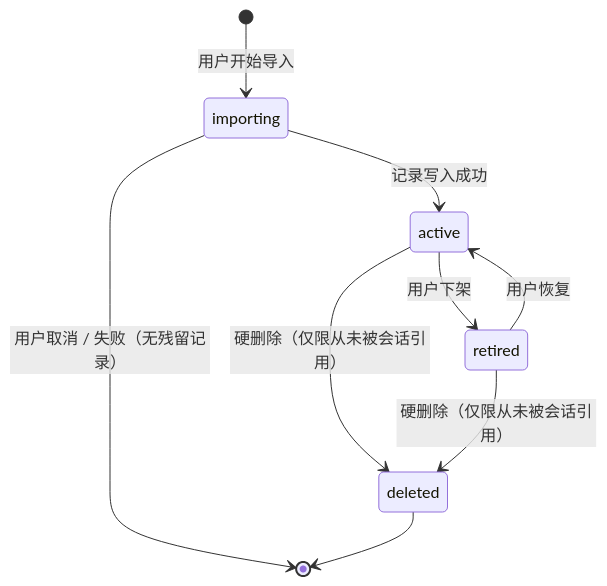
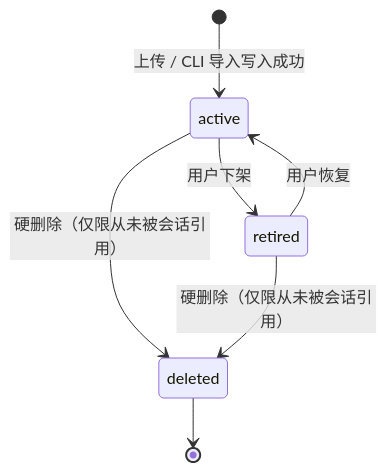
One commit to zhentai-sn/open-glaux changed the third of 3 diagrams in docs/sdd/feats/03-atlas/README.md. Above: the diagram before and after it, drawn with Mermaid. The commit also changed other lines of this file and 29 other files, not shown here.

First line of the commit message:
feat(atlas): 图谱改为上传即入库，生成描述须用户确认

````diff
--- a/docs/sdd/feats/03-atlas/README.md
+++ b/docs/sdd/feats/03-atlas/README.md
@@ -295,11 +345,9 @@
 ```mermaid
 stateDiagram-v2
-    [*] --> importing: 用户开始导入
-    importing --> active: 记录写入成功
-    importing --> [*]: 用户取消 / 失败（无残留记录）
+    [*] --> active: 上传 / CLI 导入写入成功
     active --> retired: 用户下架
     retired --> active: 用户恢复
     active --> deleted: 硬删除（仅限从未被会话引用）
     retired --> deleted: 硬删除（仅限从未被会话引用）
     deleted --> [*]
 ```
````
